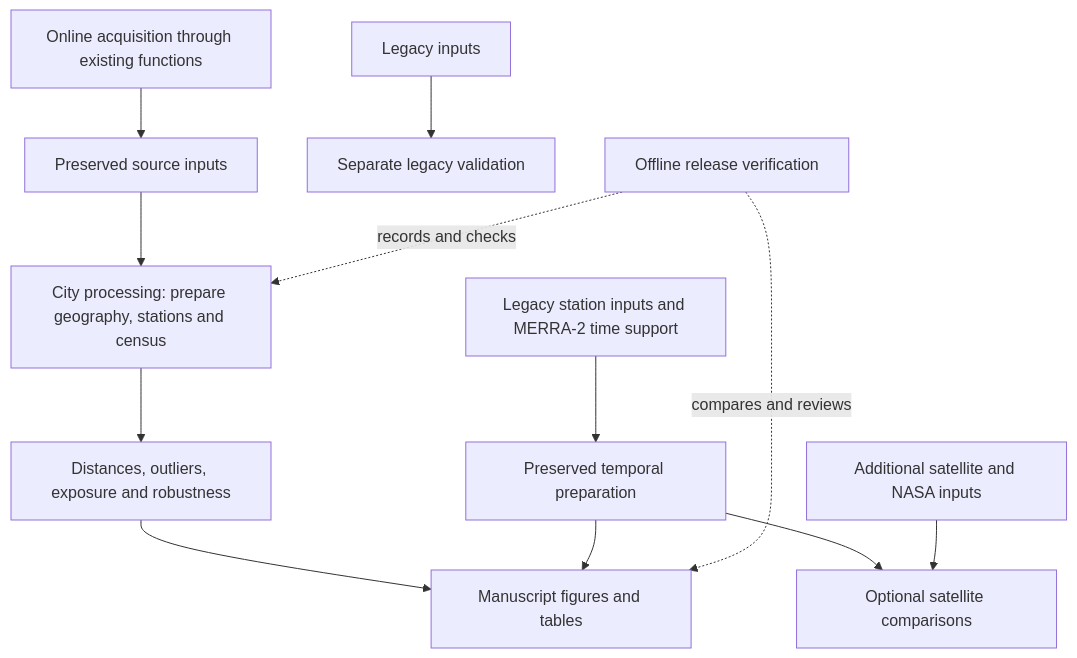
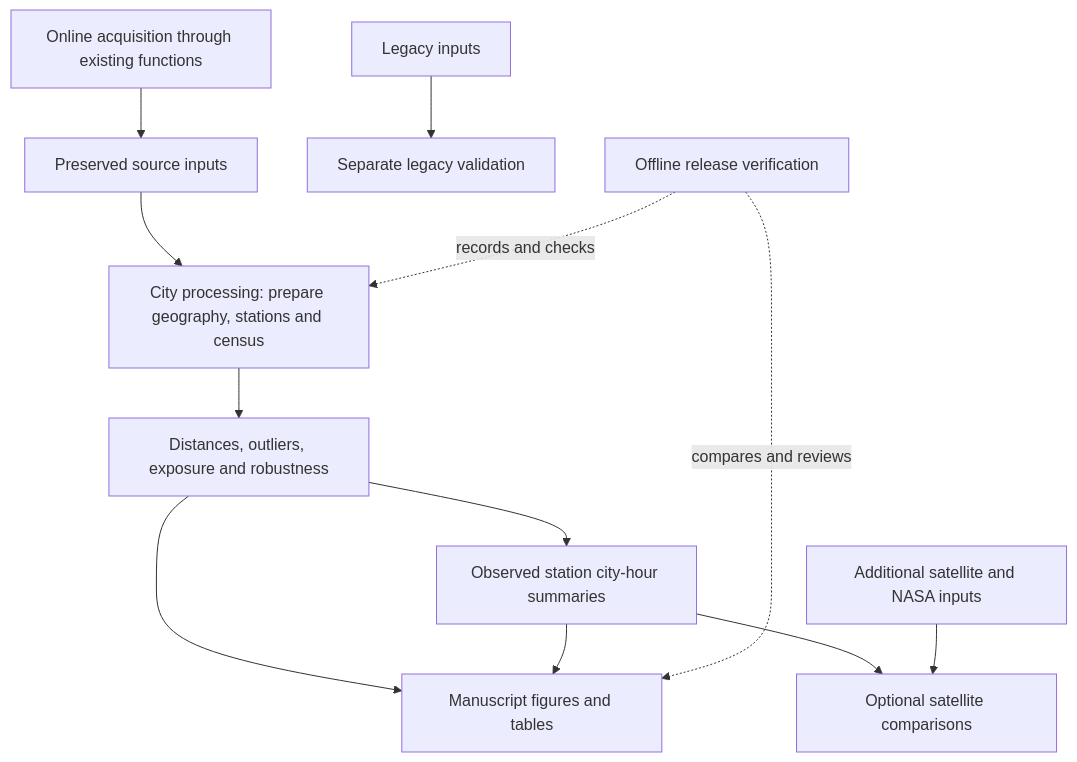
Before and after one commit to correia-marcos/air_quality: the diagram in README.md, drawn with Mermaid. The commit also changed other lines of this file and 22 other files, not shown here.

````diff
--- a/README.md
+++ b/README.md
@@ -99,14 +100,14 @@
 ```mermaid
 flowchart TD
   D[Online acquisition through existing functions] --> I[Preserved source inputs]
   I --> P[City processing: prepare geography, stations and census]
   P --> A[Distances, outliers, exposure and robustness]
   A --> F[Manuscript figures and tables]
-  T[Legacy station inputs and MERRA-2 time support] --> H[Preserved temporal preparation]
+  A --> H[Observed station city-hour summaries]
   H --> F
   H --> S[Optional satellite comparisons]
   N[Additional satellite and NASA inputs] --> S
   L[Legacy inputs] --> V[Separate legacy validation]
   B[Offline release verification] -. records and checks .-> P
   B -. compares and reviews .-> F
 ```
````
